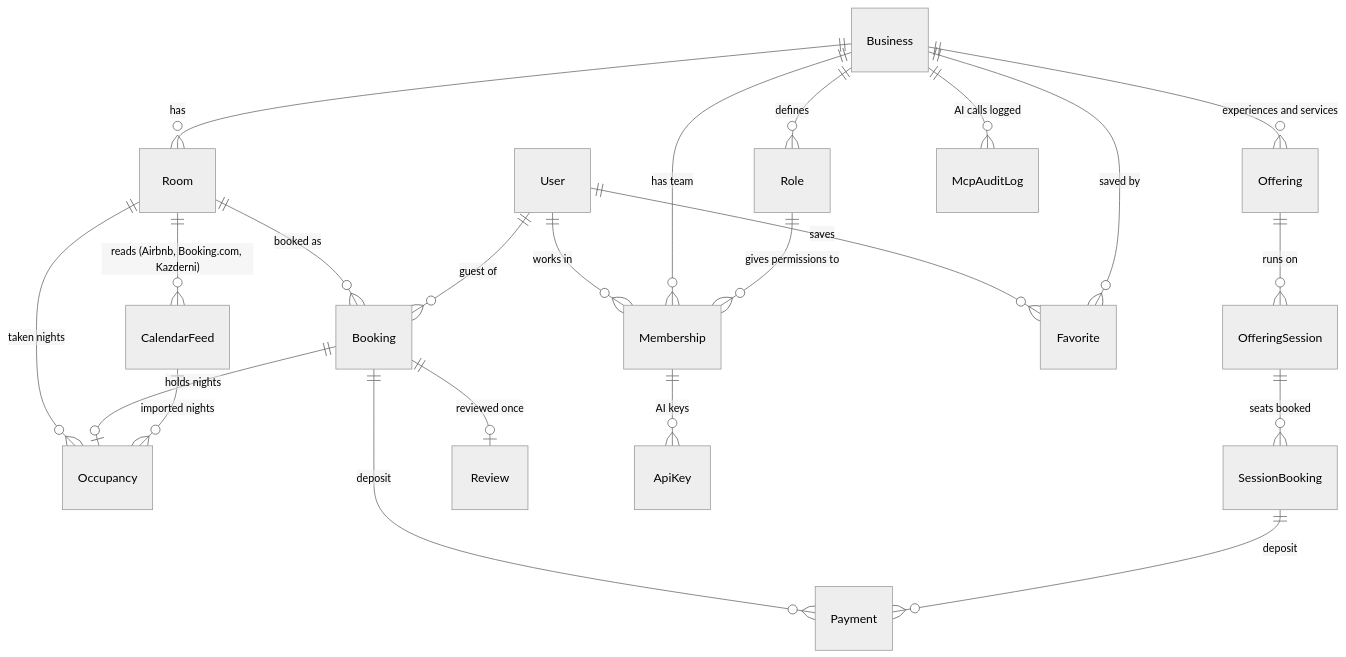
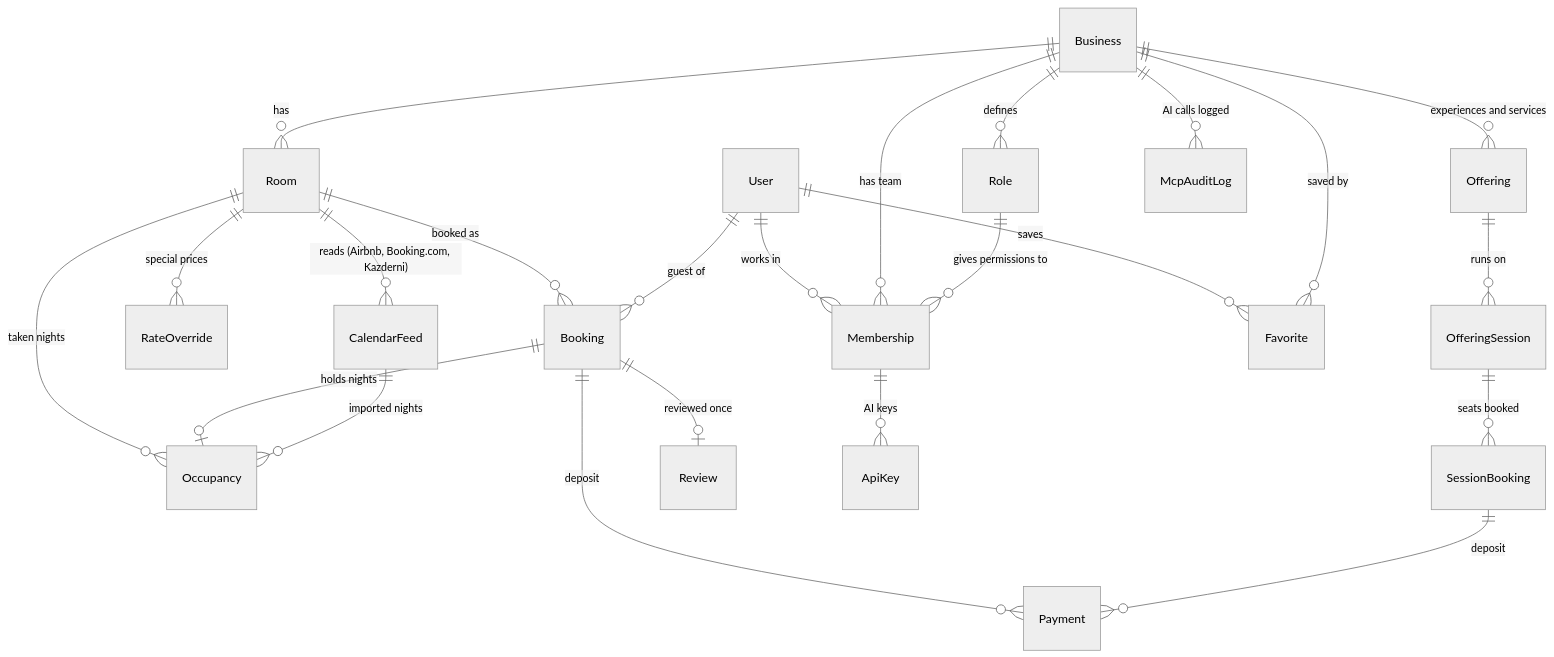
The diagram in docs/data-model.md (WouroudElKhaldi/mabeet_personal), drawn with Mermaid (neutral theme) before and after one commit. The commit also changed other lines of this file and 20 other files, not shown here.

First line of the commit message:
Architecture and requirements docs, payment rule, scheduled jobs, docs folder

````diff
--- a/docs/data-model.md
+++ b/docs/data-model.md
@@ -8,28 +8,29 @@
 ```mermaid
 erDiagram
   User ||--o{ Membership : "works in"
   Business ||--o{ Membership : "has team"
   Role ||--o{ Membership : "gives permissions to"
   Business ||--o{ Role : defines
 
   Business ||--o{ Room : has
+  Room ||--o{ RateOverride : "special prices"
   Room ||--o{ CalendarFeed : "reads (Airbnb, Booking.com, Kazderni)"
   Room ||--o{ Occupancy : "taken nights"
   Booking ||--o| Occupancy : "holds nights"
   CalendarFeed ||--o{ Occupancy : "imported nights"
   Room ||--o{ Booking : "booked as"
 
   Business ||--o{ Offering : "experiences and services"
   Offering ||--o{ OfferingSession : "runs on"
   OfferingSession ||--o{ SessionBooking : "seats booked"
 
   Booking ||--o{ Payment : "deposit"
   SessionBooking ||--o{ Payment : "deposit"
   Booking ||--o| Review : "reviewed once"
   User ||--o{ Booking : "guest of"
   User ||--o{ Favorite : saves
   Business ||--o{ Favorite : "saved by"
 
   Membership ||--o{ ApiKey : "AI keys"
   Business ||--o{ McpAuditLog : "AI calls logged"
 ```
````
